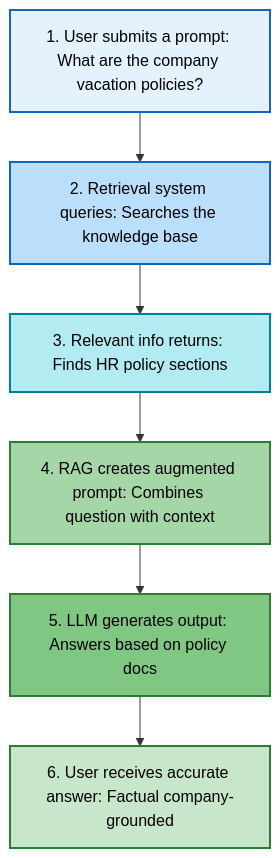
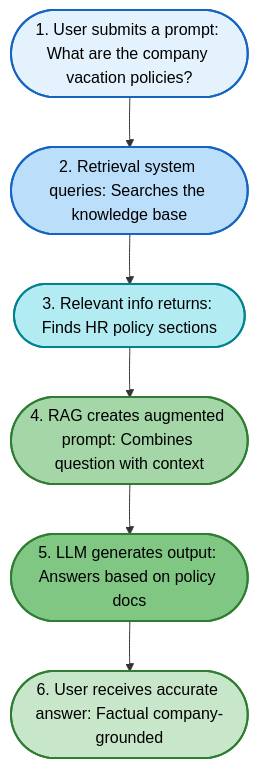
The second of 2 diagrams in what_is_RAG.md (Makilesh/RAG_Explained), drawn with Mermaid before and after one commit.

Commit message:
yo check it

````diff
--- a/what_is_RAG.md
+++ b/what_is_RAG.md
@@ -100,15 +100,15 @@
 ```mermaid
 graph TD
-    A[1. User submits a prompt: What are the company vacation policies?] --> 
-    B[2. Retrieval system queries: Searches the knowledge base] --> 
-    C[3. Relevant info returns: Finds HR policy sections] --> 
-    D[4. RAG creates augmented prompt: Combines question with context] --> 
-    E[5. LLM generates output: Answers based on policy docs] --> 
-    F[6. User receives accurate answer: Factual company-grounded]
+    A([1. User submits a prompt: What are the company vacation policies?]) --> 
+    B([2. Retrieval system queries: Searches the knowledge base]) --> 
+    C([3. Relevant info returns: Finds HR policy sections]) --> 
+    D([4. RAG creates augmented prompt: Combines question with context]) --> 
+    E([5. LLM generates output: Answers based on policy docs]) --> 
+    F([6. User receives accurate answer: Factual company-grounded])
     style A fill:#e3f2fd,stroke:#1565c0,stroke-width:2px,color:#000
     style B fill:#bbdefb,stroke:#1565c0,stroke-width:2px,color:#000
     style C fill:#b2ebf2,stroke:#00838f,stroke-width:2px,color:#000
     style D fill:#a5d6a7,stroke:#2e7d32,stroke-width:2px,color:#000
     style E fill:#81c784,stroke:#2e7d32,stroke-width:2px,color:#000
     style F fill:#c8e6c9,stroke:#2e7d32,stroke-width:2px,color:#000
 ```
````
